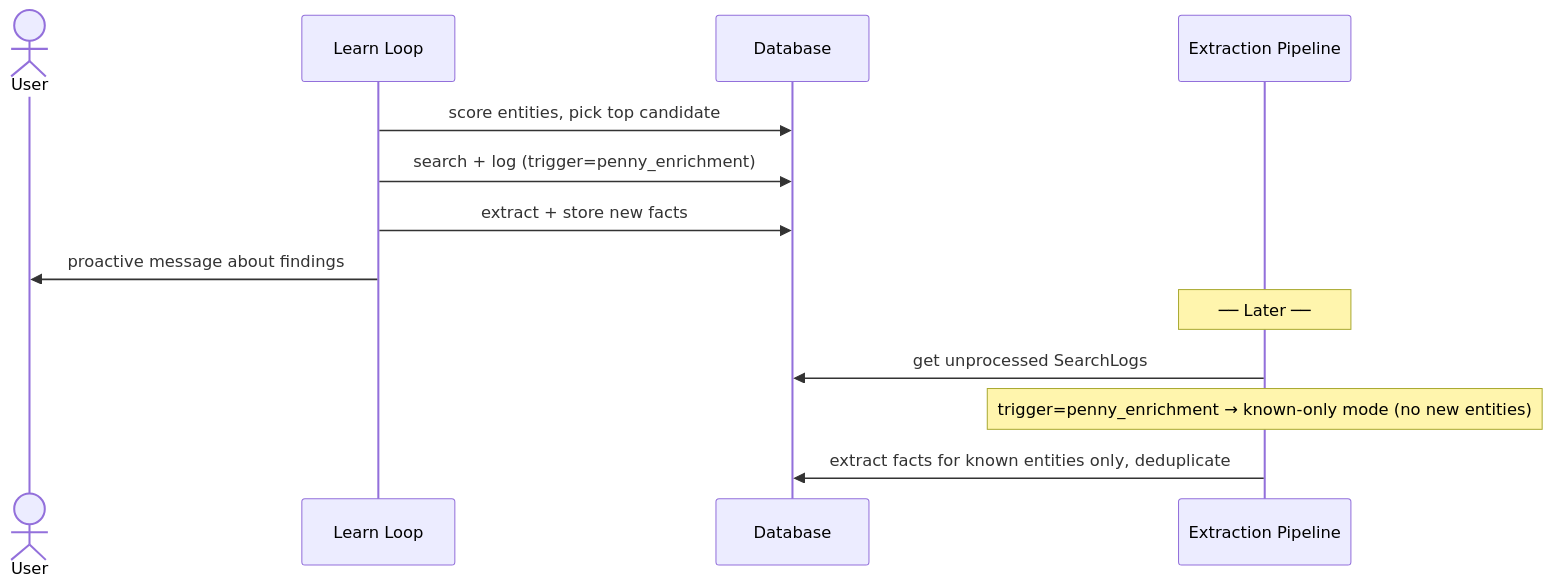
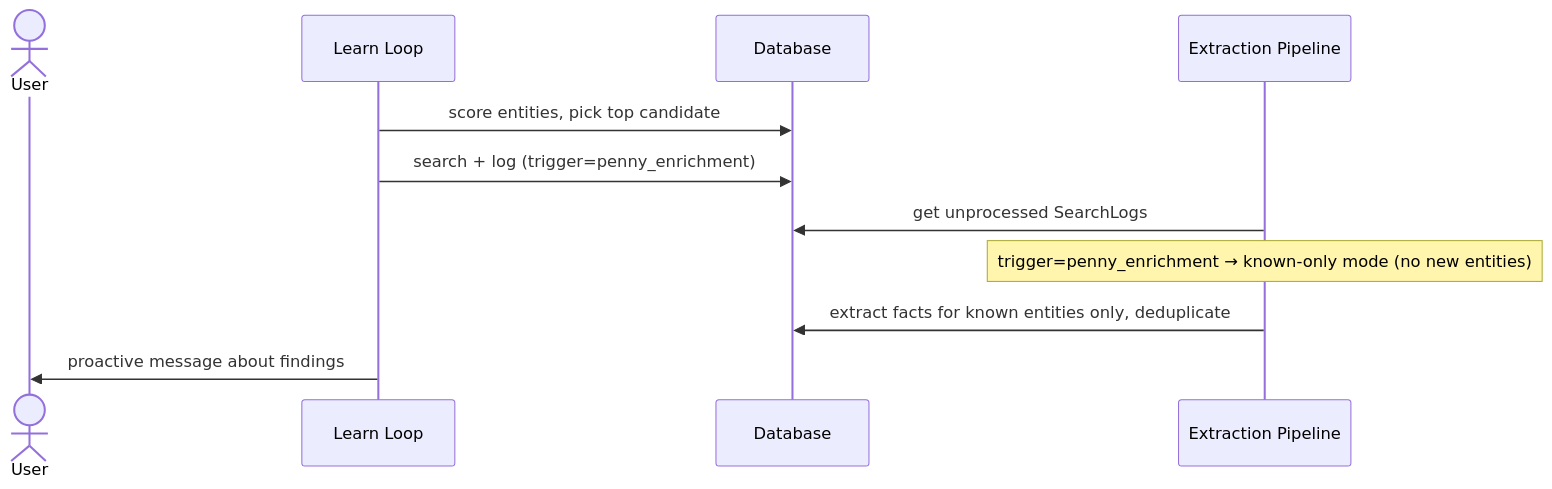
Before and after one commit to jaredlockhart/penny: the fourth of 8 diagrams in docs/knowledge-system-flows.md, drawn with Mermaid. The commit also changed 1 other file, not shown here.

Commit message:
docs: fix enrichment flow — extraction before proactive message

````diff
--- a/docs/knowledge-system-flows.md
+++ b/docs/knowledge-system-flows.md
@@ -76,18 +76,16 @@
 ```mermaid
 sequenceDiagram
     actor User
     participant LL as Learn Loop
     participant DB as Database
     participant Extract as Extraction Pipeline
 
     LL->>DB: score entities, pick top candidate
     LL->>DB: search + log (trigger=penny_enrichment)
-    LL->>DB: extract + store new facts
-    LL->>User: proactive message about findings
-
-    Note over Extract: ── Later ──
 
     Extract->>DB: get unprocessed SearchLogs
     Note over Extract: trigger=penny_enrichment → known-only mode (no new entities)
     Extract->>DB: extract facts for known entities only, deduplicate
+
+    LL->>User: proactive message about findings
 ```
````
